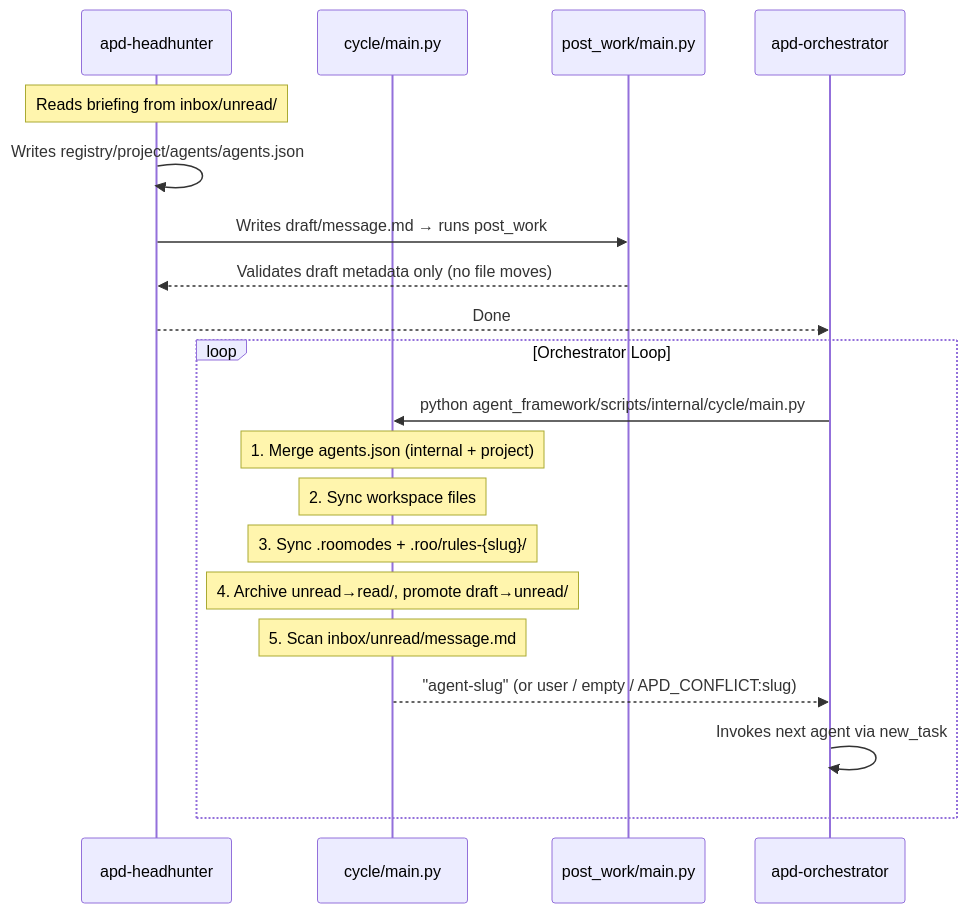
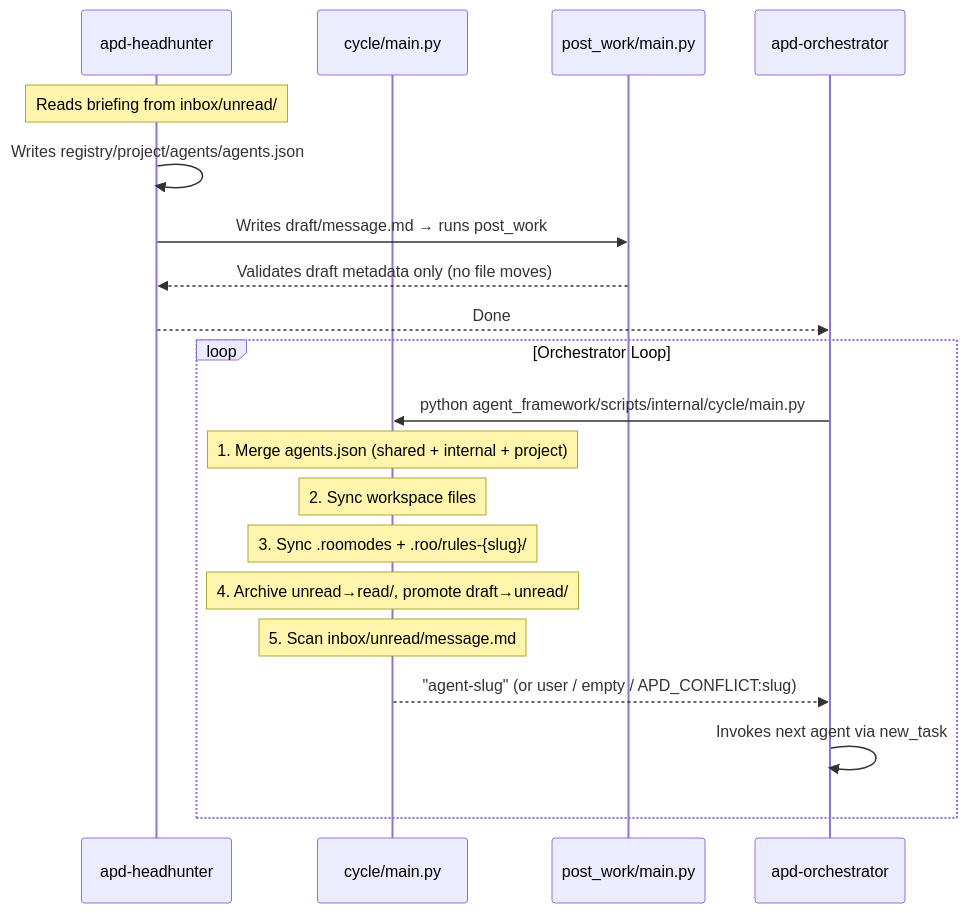
Before and after one commit to Joanoni/autonomous-project-development: the diagram in docs/scripts.md, drawn with Mermaid. The commit also changed other lines of this file and 56 other files, not shown here.

Commit message:
refactor: introduce shared registry, split cycle script, add simple_code_and_test_project example, and clean up per-example rules

````diff
--- a/docs/scripts.md
+++ b/docs/scripts.md
@@ -177,24 +177,24 @@
 ```mermaid
 sequenceDiagram
     participant HH as apd-headhunter
     participant CY as cycle/main.py
     participant PW as post_work/main.py
     participant OR as apd-orchestrator
 
     Note over HH: Reads briefing from inbox/unread/
     HH->>HH: Writes registry/project/agents/agents.json
     HH->>PW: Writes draft/message.md → runs post_work
     PW-->>HH: Validates draft metadata only (no file moves)
     HH-->>OR: Done
 
     loop Orchestrator Loop
         OR->>CY: python agent_framework/scripts/internal/cycle/main.py
-        Note over CY: 1. Merge agents.json (internal + project)
+        Note over CY: 1. Merge agents.json (shared + internal + project)
         Note over CY: 2. Sync workspace files
         Note over CY: 3. Sync .roomodes + .roo/rules-{slug}/
         Note over CY: 4. Archive unread→read/, promote draft→unread/
         Note over CY: 5. Scan inbox/unread/message.md
         CY-->>OR: "agent-slug" (or user / empty / APD_CONFLICT:slug)
         OR->>OR: Invokes next agent via new_task
     end
 ```
````
